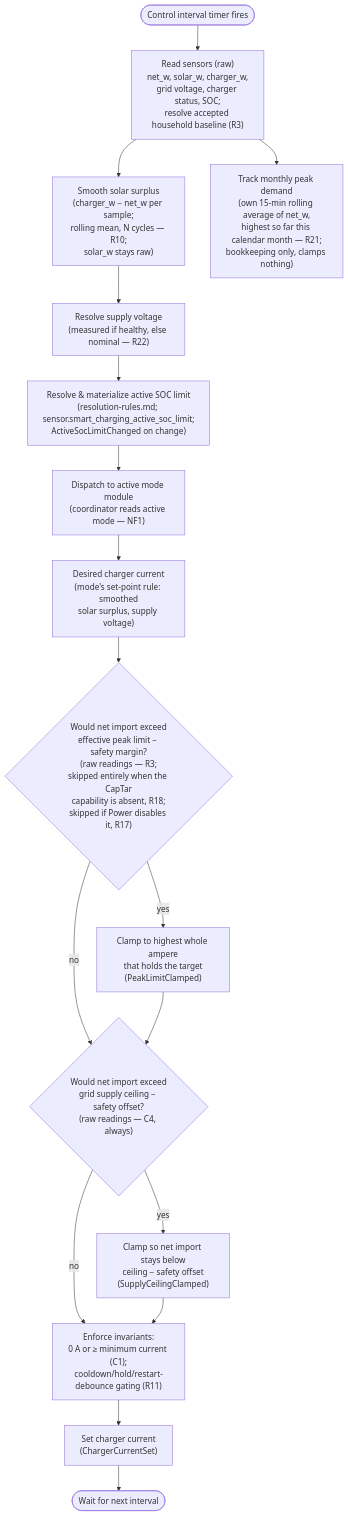
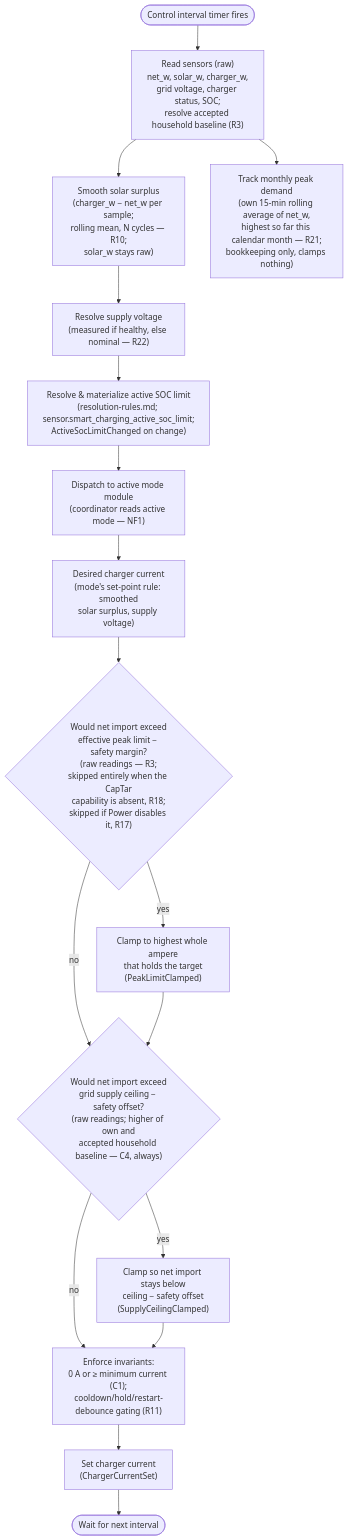
The diagram in docs/analysis/control-cycle.md (kristofdegrave/homeassistant-smart-charging), drawn with Mermaid before and after one commit. The commit also changed other lines of this file and 2 other files, not shown here.

First line of the commit message:
requirement: C4 solves around the higher of this cycle's own and the accepted household baseline (#1543)

````diff
--- a/docs/analysis/control-cycle.md
+++ b/docs/analysis/control-cycle.md
@@ -72,19 +72,19 @@
 ```mermaid
 flowchart TD
     Timer(["Control interval timer fires"]) --> Read["Read sensors (raw)<br/>net_w, solar_w, charger_w,<br/>grid voltage, charger status, SOC;<br/>resolve accepted household baseline (R3)"]
     Read --> Smooth["Smooth solar surplus<br/>(charger_w − net_w per sample;<br/>rolling mean, N cycles — R10;<br/>solar_w stays raw)"]
     Read --> PeakTrack["Track monthly peak demand<br/>(own 15-min rolling average of net_w,<br/>highest so far this calendar month — R21;<br/>bookkeeping only, clamps nothing)"]
     Smooth --> Volt["Resolve supply voltage<br/>(measured if healthy, else nominal — R22)"]
     Volt --> SocLimit["Resolve & materialize active SOC limit<br/>(resolution-rules.md; sensor.smart_charging_active_soc_limit;<br/>ActiveSocLimitChanged on change)"]
     SocLimit --> Dispatch["Dispatch to active mode module<br/>(coordinator reads active mode — NF1)"]
     Dispatch --> Desired["Desired charger current<br/>(mode's set-point rule: smoothed<br/>solar surplus, supply voltage)"]
     Desired --> Peak{"Would net import exceed<br/>effective peak limit − safety margin?<br/>(raw readings — R3;<br/>skipped entirely when the CapTar<br/>capability is absent, R18;<br/>skipped if Power disables it, R17)"}
     Peak -->|yes| Clamp["Clamp to highest whole ampere<br/>that holds the target<br/>(PeakLimitClamped)"]
     Peak -->|no| Ceiling
-    Clamp --> Ceiling{"Would net import exceed<br/>grid supply ceiling − safety offset?<br/>(raw readings — C4, always)"}
+    Clamp --> Ceiling{"Would net import exceed<br/>grid supply ceiling − safety offset?<br/>(raw readings; higher of own and<br/>accepted household baseline — C4, always)"}
     Ceiling -->|yes| CeilingClamp["Clamp so net import stays below<br/>ceiling − safety offset<br/>(SupplyCeilingClamped)"]
     Ceiling -->|no| Invariant
     CeilingClamp --> Invariant["Enforce invariants:<br/>0 A or ≥ minimum current (C1);<br/>cooldown/hold/restart-debounce gating (R11)"]
     Invariant --> Set["Set charger current<br/>(ChargerCurrentSet)"]
     Set --> Wait(["Wait for next interval"])
 ```
````
